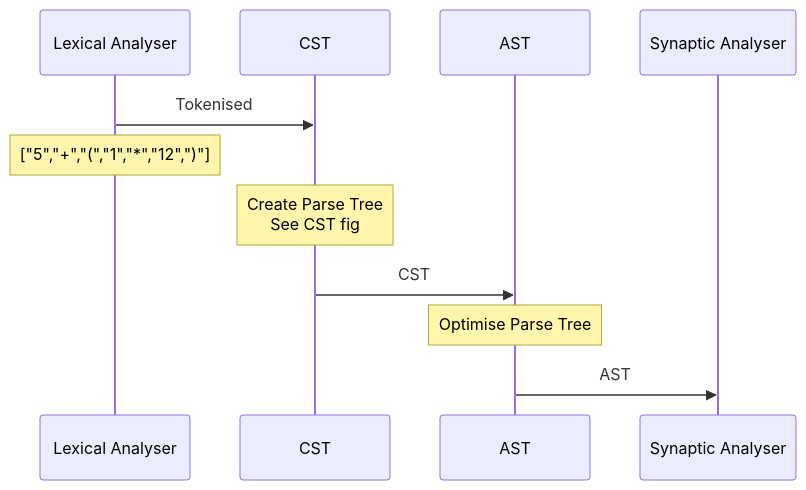
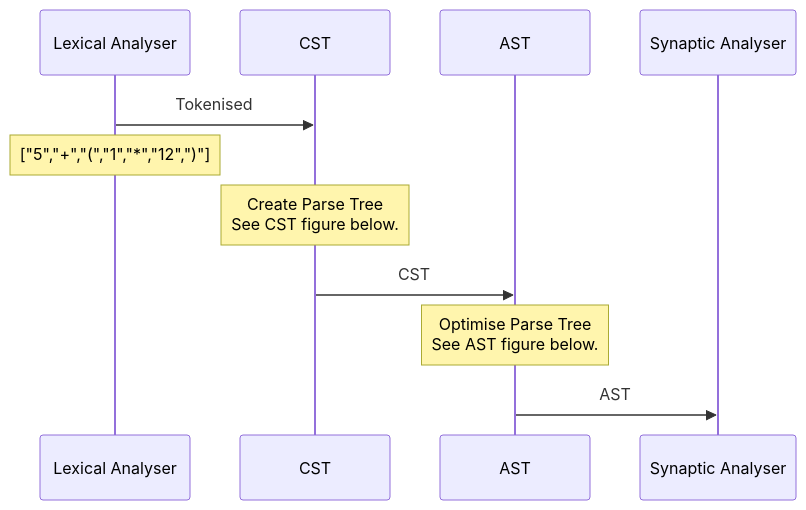
One commit to trshant-sugoi/stackedit changed the third of 5 diagrams in drafts/2019-02-25-Compiler-I-AST.md. Above: the diagram before and after it, drawn with Mermaid. The commit also changed other lines of this file, not shown here.

Commit message:
drafts/2019-02-25-Compiler-I-AST.md updated from https://stackedit.io/

````diff
--- a/drafts/2019-02-25-Compiler-I-AST.md
+++ b/drafts/2019-02-25-Compiler-I-AST.md
@@ -63,13 +63,13 @@
 ```mermaid
 sequenceDiagram
 participant T as Lexical Analyser   
 participant SA1 as CST
 participant SA2 as AST 
 
 T ->> SA1 : Tokenised   
 Note over T:["5","+","(","1","*","12",")"]
-Note over SA1: Create Parse Tree<br/>See CST fig
+Note over SA1: Create Parse Tree<br/>See CST figure below.
 SA1  ->> SA2 : CST
-Note over SA2: Optimise Parse Tree
+Note over SA2: Optimise Parse Tree<br/>See AST figure below.
 SA2  ->> Synaptic Analyser: AST 
 ```  
````
